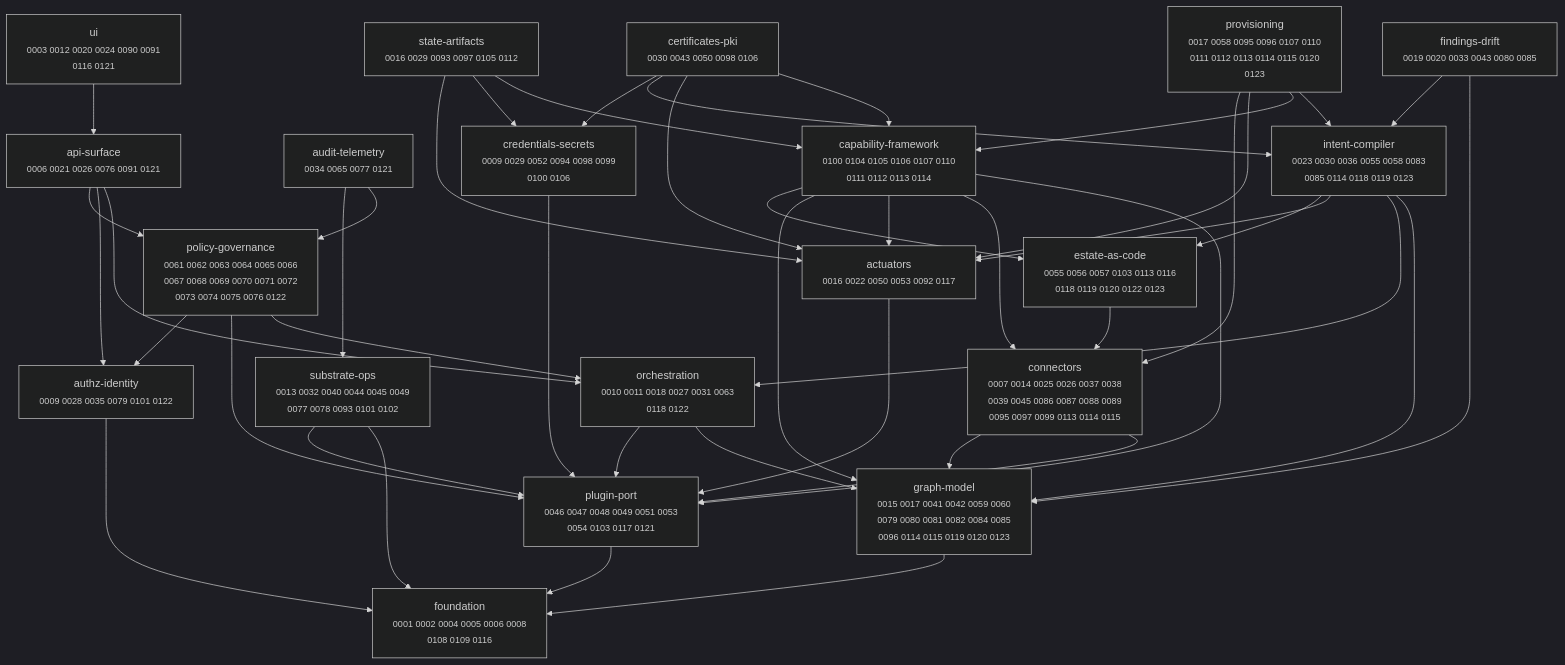
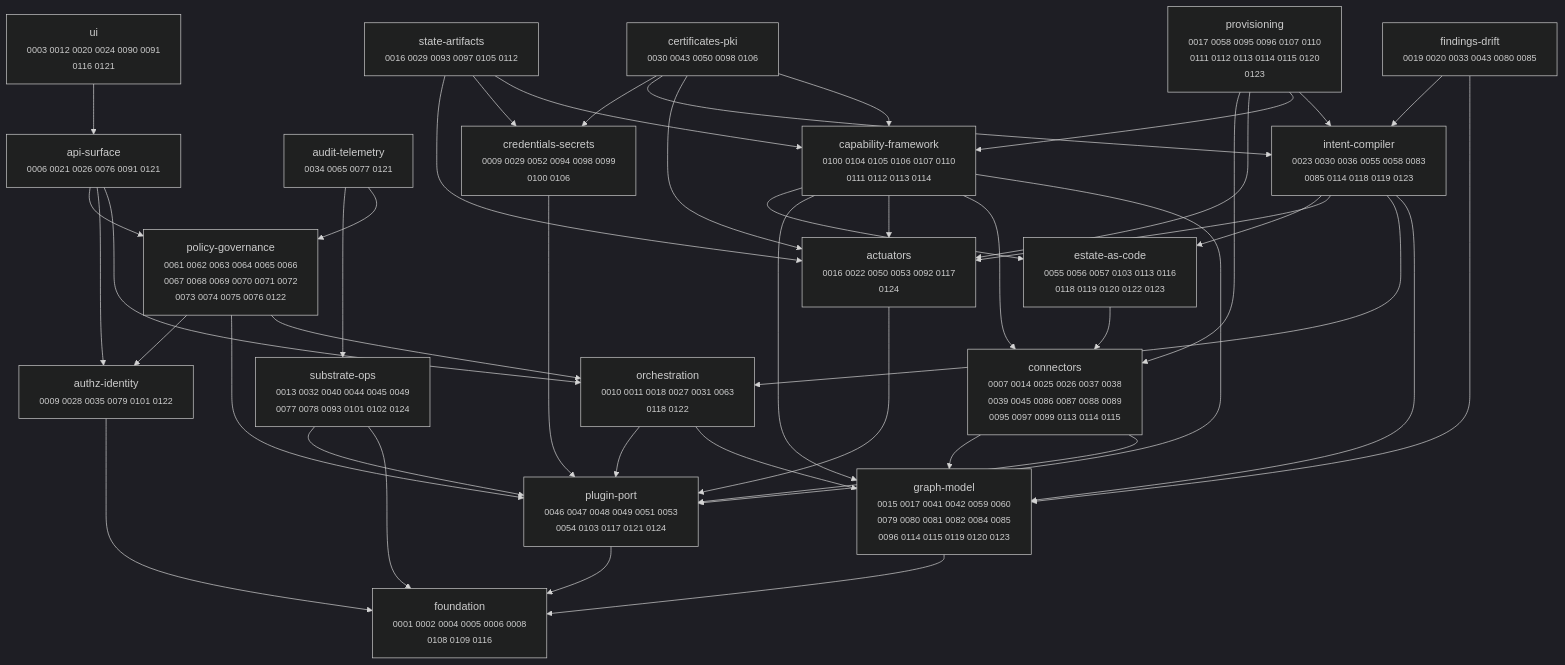
The diagram in docs/adr/MAP.md (dstout-devops/stratt), drawn with Mermaid (dark theme) before and after one commit. The commit also changed other lines of this file and 7 other files, not shown here.

````diff
--- a/docs/adr/MAP.md
+++ b/docs/adr/MAP.md
@@ -11,67 +11,67 @@
 ```mermaid
 graph TD
-  actuators["actuators<br/><small>0016 0022 0050 0053 0092 0117</small>"]
+  actuators["actuators<br/><small>0016 0022 0050 0053 0092 0117<br/>0124</small>"]
   api_surface["api-surface<br/><small>0006 0021 0026 0076 0091 0121</small>"]
   audit_telemetry["audit-telemetry<br/><small>0034 0065 0077 0121</small>"]
   authz_identity["authz-identity<br/><small>0009 0028 0035 0079 0101 0122</small>"]
   capability_framework["capability-framework<br/><small>0100 0104 0105 0106 0107 0110<br/>0111 0112 0113 0114</small>"]
   certificates_pki["certificates-pki<br/><small>0030 0043 0050 0098 0106</small>"]
   connectors["connectors<br/><small>0007 0014 0025 0026 0037 0038<br/>0039 0045 0086 0087 0088 0089<br/>0095 0097 0099 0113 0114 0115</small>"]
   credentials_secrets["credentials-secrets<br/><small>0009 0029 0052 0094 0098 0099<br/>0100 0106</small>"]
   estate_as_code["estate-as-code<br/><small>0055 0056 0057 0103 0113 0116<br/>0118 0119 0120 0122 0123</small>"]
   findings_drift["findings-drift<br/><small>0019 0020 0033 0043 0080 0085</small>"]
   foundation["foundation<br/><small>0001 0002 0004 0005 0006 0008<br/>0108 0109 0116</small>"]
   graph_model["graph-model<br/><small>0015 0017 0041 0042 0059 0060<br/>0079 0080 0081 0082 0084 0085<br/>0096 0114 0115 0119 0120 0123</small>"]
   intent_compiler["intent-compiler<br/><small>0023 0030 0036 0055 0058 0083<br/>0085 0114 0118 0119 0123</small>"]
   orchestration["orchestration<br/><small>0010 0011 0018 0027 0031 0063<br/>0118 0122</small>"]
-  plugin_port["plugin-port<br/><small>0046 0047 0048 0049 0051 0053<br/>0054 0103 0117 0121</small>"]
+  plugin_port["plugin-port<br/><small>0046 0047 0048 0049 0051 0053<br/>0054 0103 0117 0121 0124</small>"]
   policy_governance["policy-governance<br/><small>0061 0062 0063 0064 0065 0066<br/>0067 0068 0069 0070 0071 0072<br/>0073 0074 0075 0076 0122</small>"]
   provisioning["provisioning<br/><small>0017 0058 0095 0096 0107 0110<br/>0111 0112 0113 0114 0115 0120<br/>0123</small>"]
   state_artifacts["state-artifacts<br/><small>0016 0029 0093 0097 0105 0112</small>"]
-  substrate_ops["substrate-ops<br/><small>0013 0032 0040 0044 0045 0049<br/>0077 0078 0093 0101 0102</small>"]
+  substrate_ops["substrate-ops<br/><small>0013 0032 0040 0044 0045 0049<br/>0077 0078 0093 0101 0102 0124</small>"]
   ui["ui<br/><small>0003 0012 0020 0024 0090 0091<br/>0116 0121</small>"]
 
   actuators --> plugin_port
   api_surface --> orchestration
   api_surface --> authz_identity
   api_surface --> policy_governance
   audit_telemetry --> policy_governance
   audit_telemetry --> substrate_ops
   authz_identity --> foundation
   capability_framework --> plugin_port
   capability_framework --> connectors
   capability_framework --> actuators
   capability_framework --> graph_model
   capability_framework --> estate_as_code
   certificates_pki --> capability_framework
   certificates_pki --> actuators
   certificates_pki --> intent_compiler
   certificates_pki --> credentials_secrets
   connectors --> plugin_port
   connectors --> graph_model
   credentials_secrets --> plugin_port
   estate_as_code --> connectors
   findings_drift --> graph_model
   findings_drift --> intent_compiler
   graph_model --> foundation
   intent_compiler --> graph_model
   intent_compiler --> orchestration
   intent_compiler --> actuators
   intent_compiler --> estate_as_code
   orchestration --> graph_model
   orchestration --> plugin_port
   plugin_port --> foundation
   policy_governance --> orchestration
   policy_governance --> plugin_port
   policy_governance --> authz_identity
   provisioning --> intent_compiler
   provisioning --> capability_framework
   provisioning --> actuators
   provisioning --> connectors
   state_artifacts --> capability_framework
   state_artifacts --> credentials_secrets
   state_artifacts --> actuators
   substrate_ops --> foundation
   substrate_ops --> plugin_port
   ui --> api_surface
 ```
````
